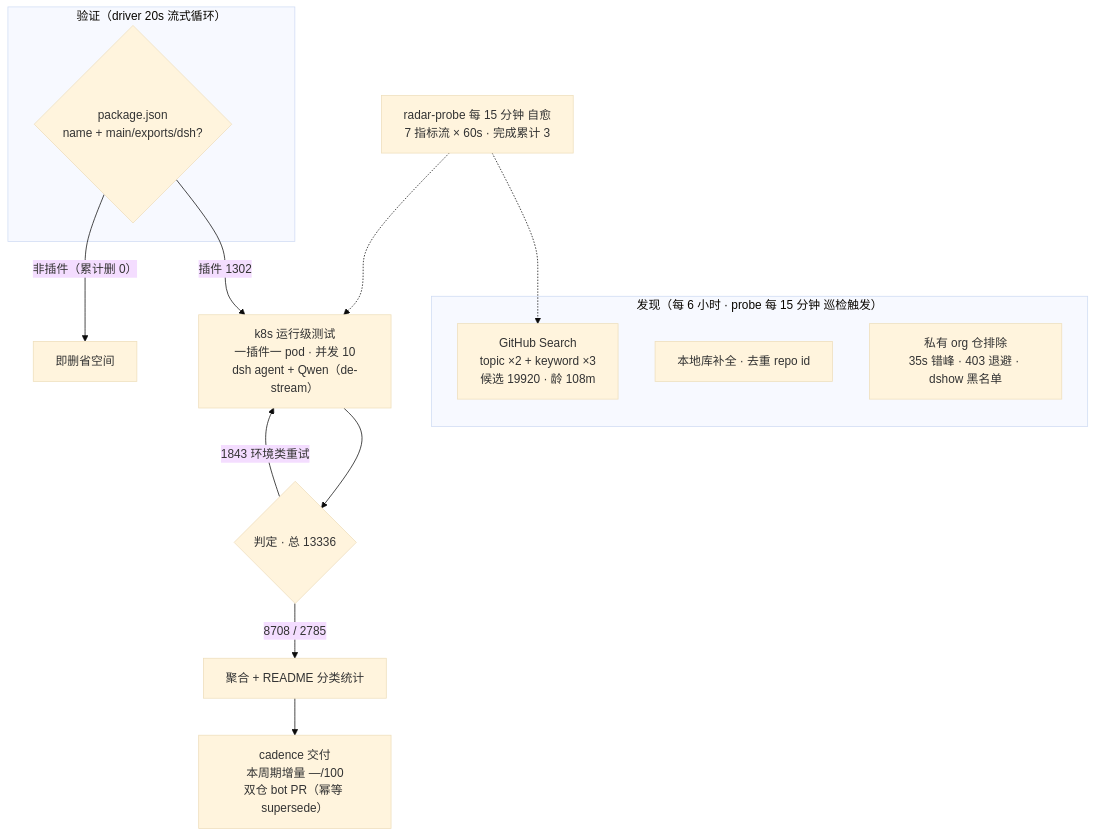
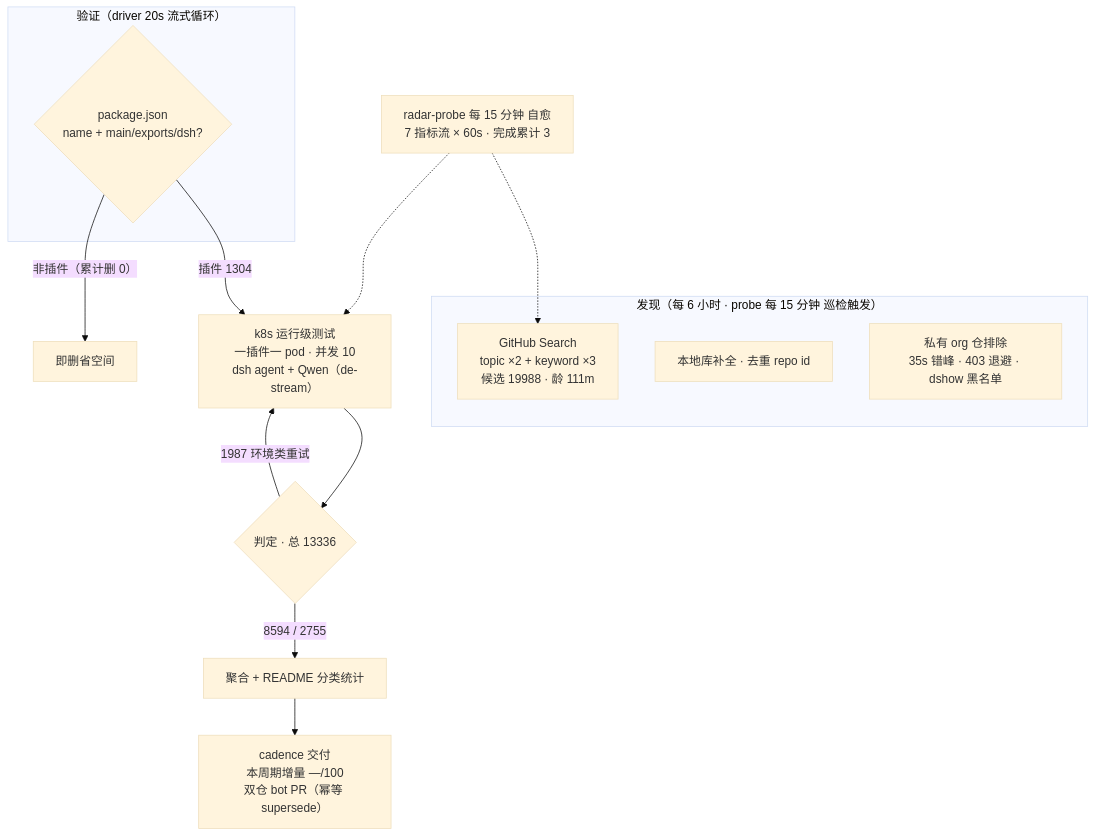
Before and after one commit to AdamPlatin123/dsh-plugin-radar: the diagram in README.md, drawn with Mermaid (base theme). The commit also changed other lines of this file and 15 other files, not shown here.

````diff
--- a/README.md
+++ b/README.md
@@ -52,20 +52,20 @@
 ```mermaid
 flowchart TB
     subgraph Discovery["发现（每 6 小时 · probe 每 15 分钟 巡检触发）"]
-        A1["GitHub Search<br/>topic ×2 + keyword ×3<br/>候选 19920 · 龄 108m"]
+        A1["GitHub Search<br/>topic ×2 + keyword ×3<br/>候选 19988 · 龄 111m"]
         A2["本地库补全 · 去重 repo id"]
         A3["私有 org 仓排除<br/>35s 错峰 · 403 退避 · dshow 黑名单"]
     end
     subgraph Validation["验证（driver 20s 流式循环）"]
         B1{"package.json<br/>name + main/exports/dsh?"}
     end
-    B1 -->|"插件 1302"| C1["k8s 运行级测试<br/>一插件一 pod · 并发 10<br/>dsh agent + Qwen（de-stream）"]
+    B1 -->|"插件 1304"| C1["k8s 运行级测试<br/>一插件一 pod · 并发 10<br/>dsh agent + Qwen（de-stream）"]
     B1 -->|"非插件（累计删 0）"| B3["即删省空间"]
     C1 --> D1{"判定 · 总 13336"}
-    D1 -->|"8708 / 2785"| E1["聚合 + README 分类统计"]
-    D1 -->|"1843 环境类重试"| C1
+    D1 -->|"8594 / 2755"| E1["聚合 + README 分类统计"]
+    D1 -->|"1987 环境类重试"| C1
     E1 --> E2["cadence 交付<br/>本周期增量 —/100<br/>双仓 bot PR（幂等 supersede）"]
     M["radar-probe 每 15 分钟 自愈<br/>7 指标流 × 60s · 完成累计 3"]
     M -.-> A1
     M -.-> C1
 ```
````
